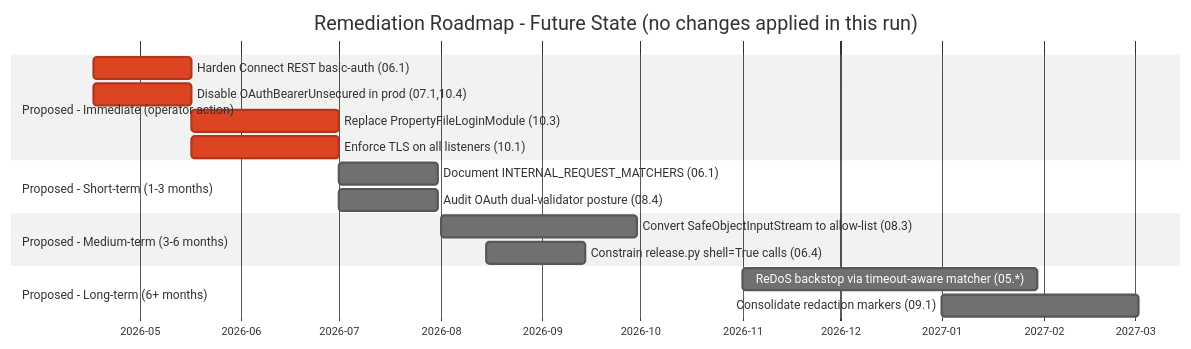
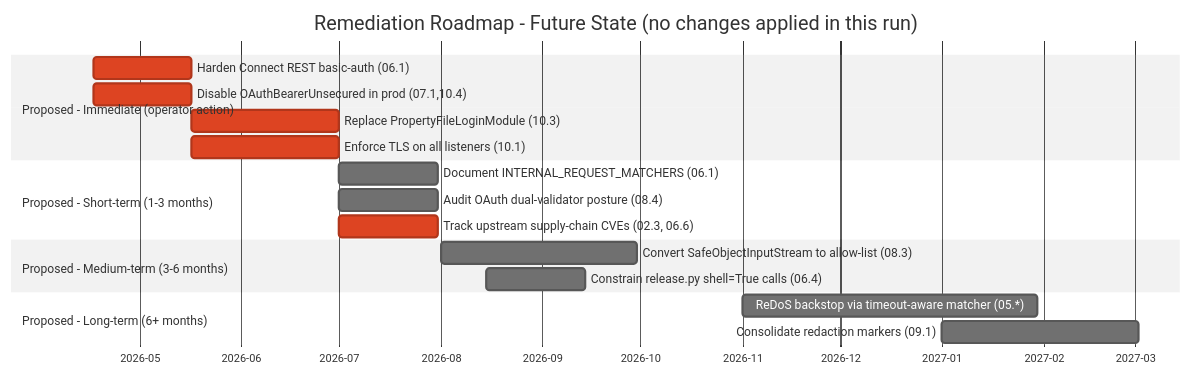
Before and after one commit to blitzy-public-samples/blitzy-kafka: the first of 2 diagrams in docs/security-audit/remediation-roadmap.md, drawn with Mermaid. The commit also changed other lines of this file and 7 other files, not shown here.

````diff
--- a/docs/security-audit/remediation-roadmap.md
+++ b/docs/security-audit/remediation-roadmap.md
@@ -80,21 +80,22 @@
 ```mermaid
 %%{init: {'theme':'neutral'}}%%
 gantt
     title Remediation Roadmap - Future State (no changes applied in this run)
     dateFormat  YYYY-MM-DD
     axisFormat  %Y-%m
     section Proposed - Immediate (operator action)
     Harden Connect REST basic-auth (06.1)            :crit, imm1, 2026-04-17, 30d
     Disable OAuthBearerUnsecured in prod (07.1,10.4) :crit, imm2, 2026-04-17, 30d
     Replace PropertyFileLoginModule (10.3)           :crit, imm3, after imm1, 45d
     Enforce TLS on all listeners (10.1)              :crit, imm4, after imm2, 45d
     section Proposed - Short-term (1-3 months)
     Document INTERNAL_REQUEST_MATCHERS (06.1)        :       st1,  after imm3, 30d
     Audit OAuth dual-validator posture (08.4)        :       st2,  after imm4, 30d
+    Track upstream supply-chain CVEs (02.3, 06.6)    :crit,  st3,  after imm4, 30d
     section Proposed - Medium-term (3-6 months)
     Convert SafeObjectInputStream to allow-list (08.3) :     mt1,  2026-08-01, 60d
     Constrain release.py shell=True calls (06.4)       :     mt2,  2026-08-15, 30d
     section Proposed - Long-term (6+ months)
     ReDoS backstop via timeout-aware matcher (05.*)    :     lt1,  2026-11-01, 90d
     Consolidate redaction markers (09.1)               :     lt2,  2027-01-01, 60d
 ```
````
